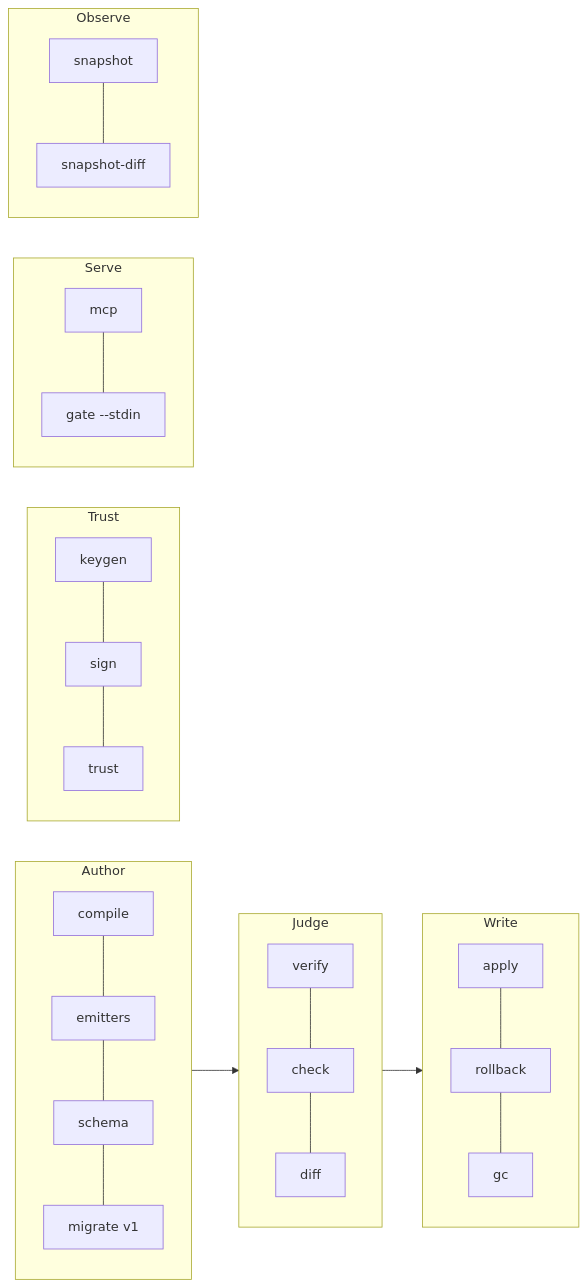
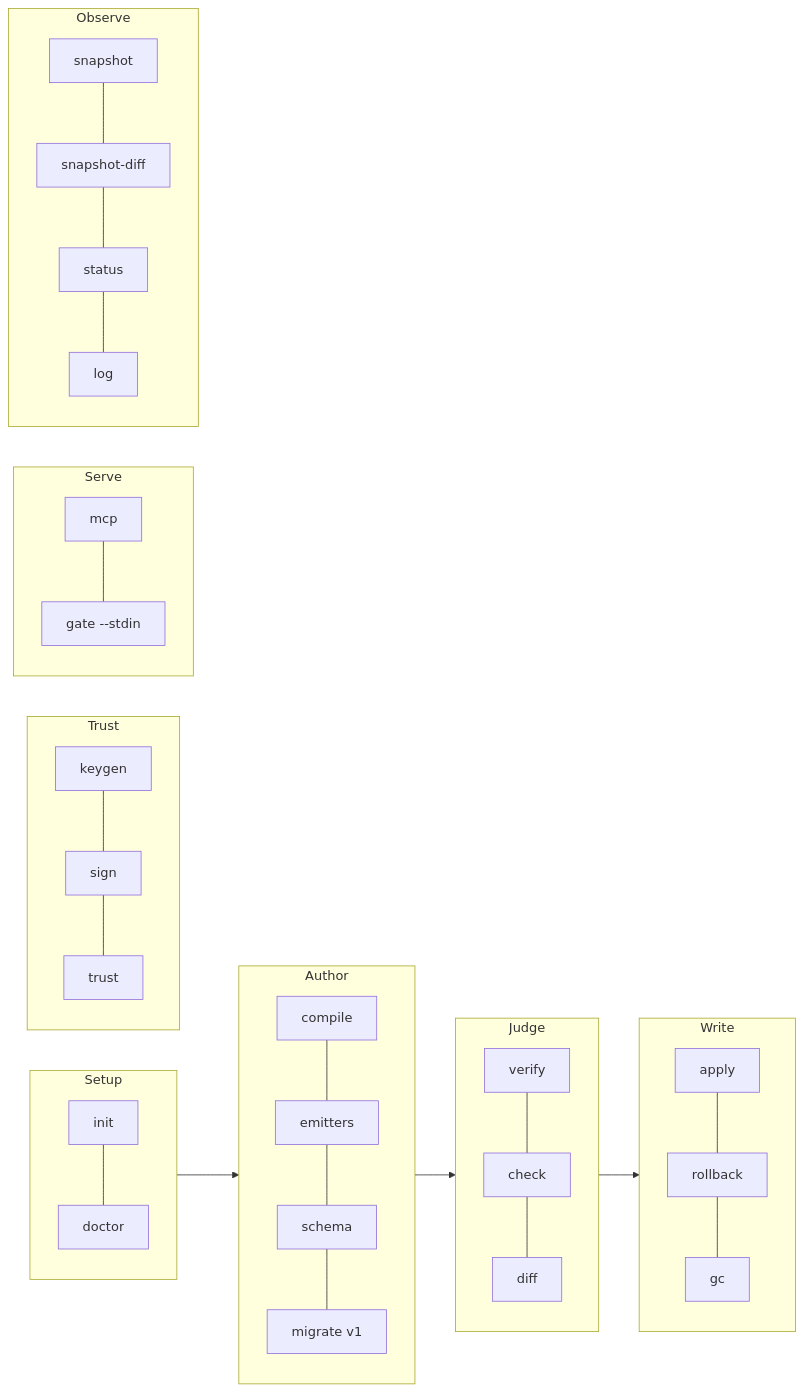
The diagram in docs/reference/cli.md (dragoscv/axiom), drawn with Mermaid before and after one commit. The commit also changed other lines of this file and 62 other files, not shown here.

````diff
--- a/docs/reference/cli.md
+++ b/docs/reference/cli.md
@@ -20,22 +23,25 @@
 ```mermaid
 flowchart LR
+  subgraph setup [Setup]
+    I1[init] --- I2[doctor]
+  end
   subgraph author [Author]
     A1[compile] --- A2[emitters] --- A3[schema] --- A4[migrate v1]
   end
   subgraph judge [Judge]
     J1[verify] --- J2[check] --- J3[diff]
   end
   subgraph write [Write]
     W1[apply] --- W2[rollback] --- W3[gc]
   end
   subgraph trust [Trust]
     T1[keygen] --- T2[sign] --- T3[trust]
   end
   subgraph serve [Serve]
     S1[mcp] --- S2[gate --stdin]
   end
   subgraph observe [Observe]
-    O1[snapshot] --- O2[snapshot-diff]
+    O1[snapshot] --- O2[snapshot-diff] --- O3[status] --- O4[log]
   end
-  author --> judge --> write
+  setup --> author --> judge --> write
 ```
````
